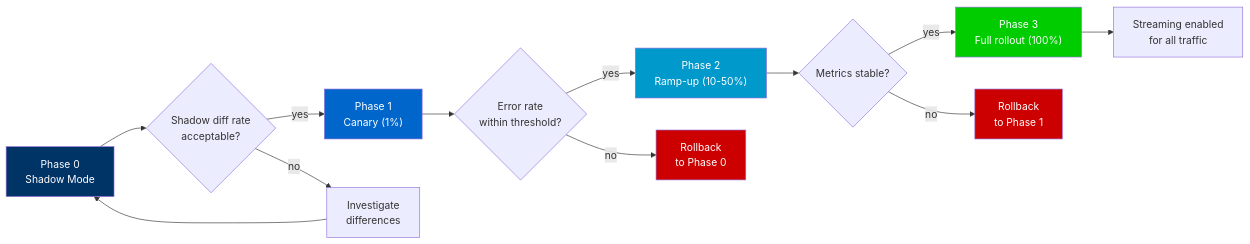
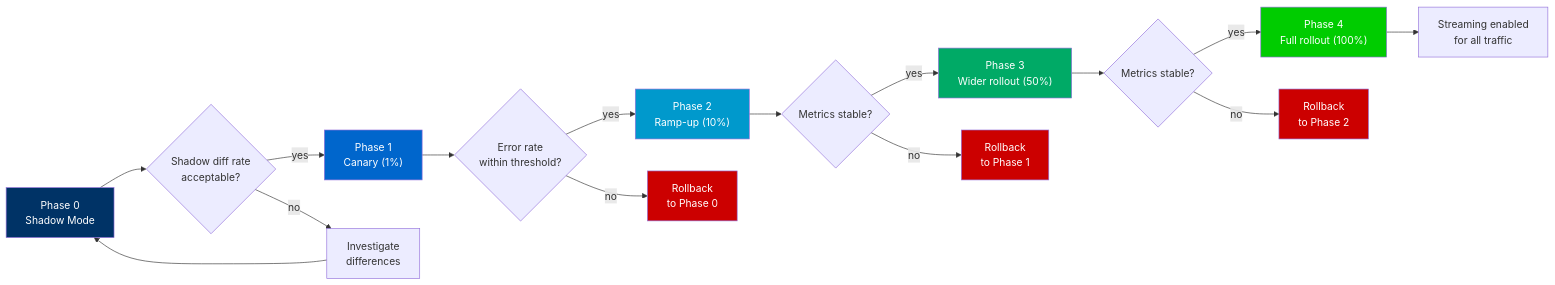
One commit to cnkang/nginx-markdown-for-agents changed the diagram in docs/guides/streaming-rollout-cookbook.md. Above: the diagram before and after it, drawn with Mermaid. The commit also changed 8 other files, not shown here.

````diff
--- a/docs/guides/streaming-rollout-cookbook.md
+++ b/docs/guides/streaming-rollout-cookbook.md
@@ -20,21 +20,26 @@
 ```mermaid
 flowchart LR
     P0["Phase 0<br/>Shadow Mode"] --> P0Check{"Shadow diff rate<br/>acceptable?"}
     P0Check -->|yes| P1["Phase 1<br/>Canary (1%)"]
     P0Check -->|no| Investigate["Investigate<br/>differences"]
     Investigate --> P0
     P1 --> P1Check{"Error rate<br/>within threshold?"}
-    P1Check -->|yes| P2["Phase 2<br/>Ramp-up (10-50%)"]
+    P1Check -->|yes| P2["Phase 2<br/>Ramp-up (10%)"]
     P1Check -->|no| Rollback1["Rollback<br/>to Phase 0"]
     P2 --> P2Check{"Metrics stable?"}
-    P2Check -->|yes| P3["Phase 3<br/>Full rollout (100%)"]
+    P2Check -->|yes| P3["Phase 3<br/>Wider rollout (50%)"]
     P2Check -->|no| Rollback2["Rollback<br/>to Phase 1"]
-    P3 --> Done["Streaming enabled<br/>for all traffic"]
+    P3 --> P3Check{"Metrics stable?"}
+    P3Check -->|yes| P4["Phase 4<br/>Full rollout (100%)"]
+    P3Check -->|no| Rollback3["Rollback<br/>to Phase 2"]
+    P4 --> Done["Streaming enabled<br/>for all traffic"]
     
     style P0 fill:#036,color:#fff
     style P1 fill:#06c,color:#fff
     style P2 fill:#09c,color:#fff
-    style P3 fill:#0c0,color:#fff
+    style P3 fill:#0a6,color:#fff
+    style P4 fill:#0c0,color:#fff
     style Rollback1 fill:#c00,color:#fff
     style Rollback2 fill:#c00,color:#fff
+    style Rollback3 fill:#c00,color:#fff
 ```
````
